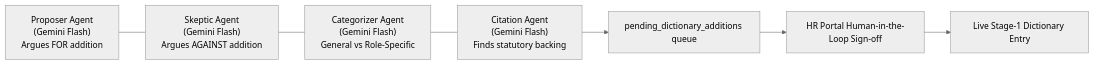
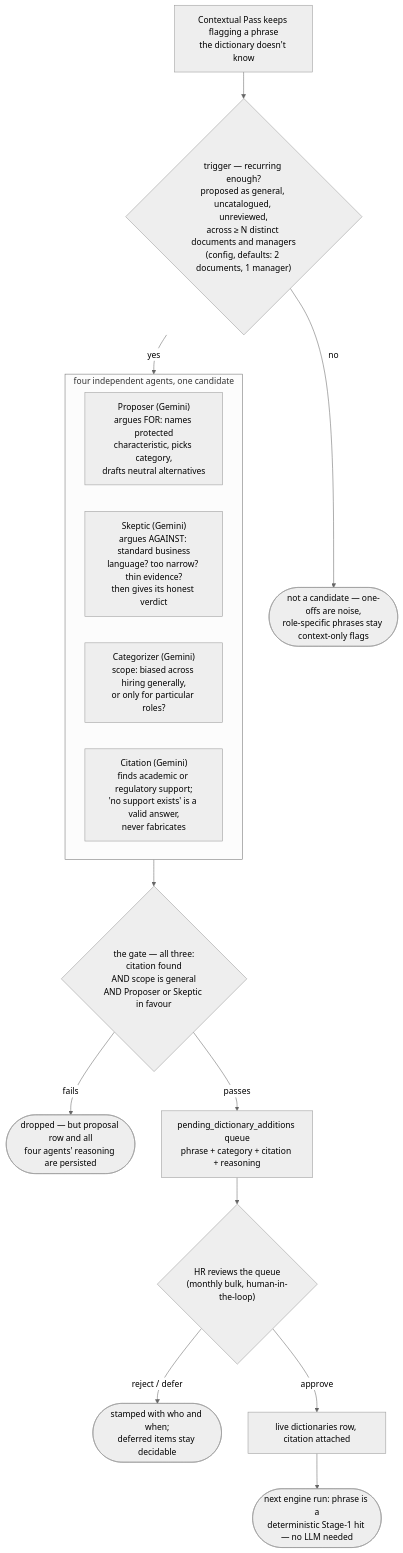
The second of 2 diagrams in README.md (sm-daniyal/patternSpecular), drawn with Mermaid (neutral theme) before and after one commit. The commit also changed other lines of this file and 1 other file, not shown here.

Commit message:
docs: modernize README engineering spec and add comprehensive study guide and roadmap

````diff
--- a/README.md
+++ b/README.md
@@ -57,9 +104,22 @@
 ```mermaid
-flowchart LR
-    P["Proposer Agent<br/>(Gemini Flash)<br/>Argues FOR addition"] --- S["Skeptic Agent<br/>(Gemini Flash)<br/>Argues AGAINST addition"]
-    S --- C["Categorizer Agent<br/>(Gemini Flash)<br/>General vs Role-Specific"]
-    C --- CI["Citation Agent<br/>(Gemini Flash)<br/>Finds statutory backing"]
-    CI --> Q["pending_dictionary_additions queue"]
-    Q --> HR["HR Portal Human-in-the-Loop Sign-off"]
-    HR --> LIVE["Live Stage-1 Dictionary Entry"]
+flowchart TB
+    CP["Contextual Pass keeps flagging a phrase<br/>the dictionary doesn't know"] --> T{"trigger — recurring enough?<br/>proposed as general, uncatalogued, unreviewed,<br/>across ≥ N distinct documents and managers<br/>(config, defaults: 2 documents, 1 manager)"}
+    T -- no --> DROP1(["not a candidate — one-offs are noise,<br/>role-specific phrases stay context-only flags"])
+    T -- yes --> AGENTS
+
+    subgraph AGENTS["four independent agents, one candidate"]
+        direction LR
+        P["Proposer (Gemini)<br/>argues FOR: names protected<br/>characteristic, picks category,<br/>drafts neutral alternatives"]
+        S["Skeptic (Gemini)<br/>argues AGAINST: standard business<br/>language? too narrow? thin evidence?<br/>then gives its honest verdict"]
+        C["Categorizer (Gemini)<br/>scope: biased across hiring generally,<br/>or only for particular roles?"]
+        CI["Citation (Gemini)<br/>finds academic or regulatory support;<br/>'no support exists' is a valid answer,<br/>never fabricates"]
+    end
+
+    AGENTS --> GATE{"the gate — all three:<br/>citation found<br/>AND scope is general<br/>AND Proposer or Skeptic in favour"}
+    GATE -- fails --> DROP2(["dropped — but proposal row and all<br/>four agents' reasoning are persisted"])
+    GATE -- passes --> Q["pending_dictionary_additions queue<br/>phrase + category + citation + reasoning"]
+    Q --> HR{"HR reviews the queue<br/>(monthly bulk, human-in-the-loop)"}
+    HR -- reject / defer --> DROP3(["stamped with who and when;<br/>deferred items stay decidable"])
+    HR -- approve --> LIVE["live dictionaries row, citation attached"]
+    LIVE --> HIT(["next engine run: phrase is a<br/>deterministic Stage-1 hit — no LLM needed"])
 ```
````
